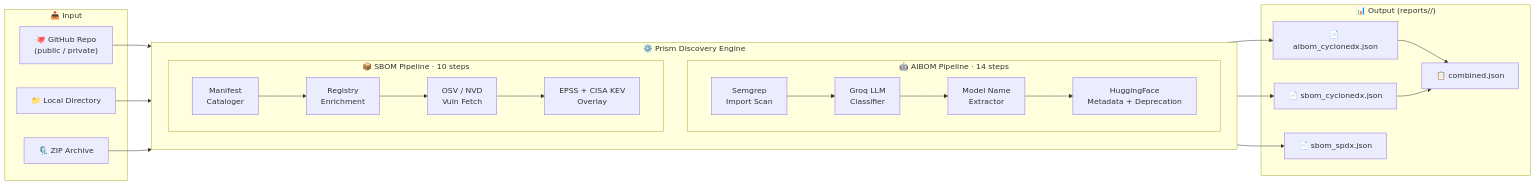
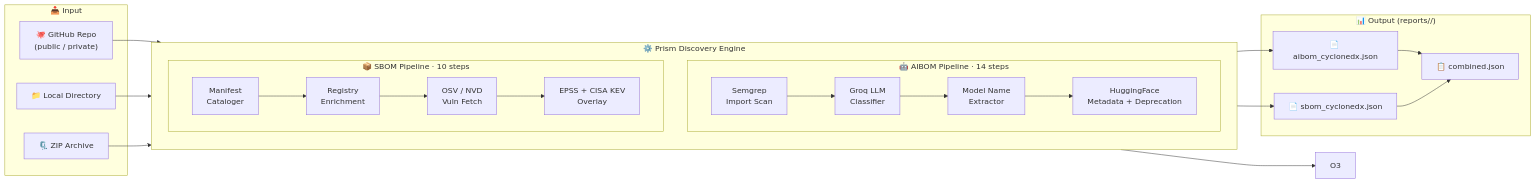
One commit to SISAReshma/Prism_Discovery changed the second of 3 diagrams in README.md. Above: the diagram before and after it, drawn with Mermaid. The commit also changed other lines of this file, not shown here.

````diff
--- a/README.md
+++ b/README.md
@@ -87,32 +66,31 @@
 ```mermaid
 flowchart LR
     subgraph Input ["📥 Input"]
         GH["🐙 GitHub Repo\n(public / private)"]
         LOC["📁 Local Directory"]
         ZIP["🗜️ ZIP Archive"]
     end
 
     subgraph Prism ["⚙️  Prism Discovery Engine"]
         direction TB
         subgraph AIBOM_PIPE ["🤖  AIBOM Pipeline  ·  14 steps"]
             direction LR
             P1["Semgrep\nImport Scan"] --> P2["Groq LLM\nClassifier"] --> P3["Model Name\nExtractor"] --> P4["HuggingFace\nMetadata + Deprecation"]
         end
         subgraph SBOM_PIPE ["📦  SBOM Pipeline  ·  10 steps"]
             direction LR
             Q1["Manifest\nCataloger"] --> Q2["Registry\nEnrichment"] --> Q3["OSV / NVD\nVuln Fetch"] --> Q4["EPSS + CISA KEV\nOverlay"]
         end
     end
 
     subgraph Output ["📊 Output  (reports/<scan_id>/)"]
         O1["📄 aibom_cyclonedx.json"]
         O2["📄 sbom_cyclonedx.json"]
-        O3["📄 sbom_spdx.json"]
         O4["📋 combined.json"]
     end
 
     GH & LOC & ZIP --> Prism
     P4 --> O1
     Q4 --> O2 & O3
     O1 & O2 --> O4
 ```
````
